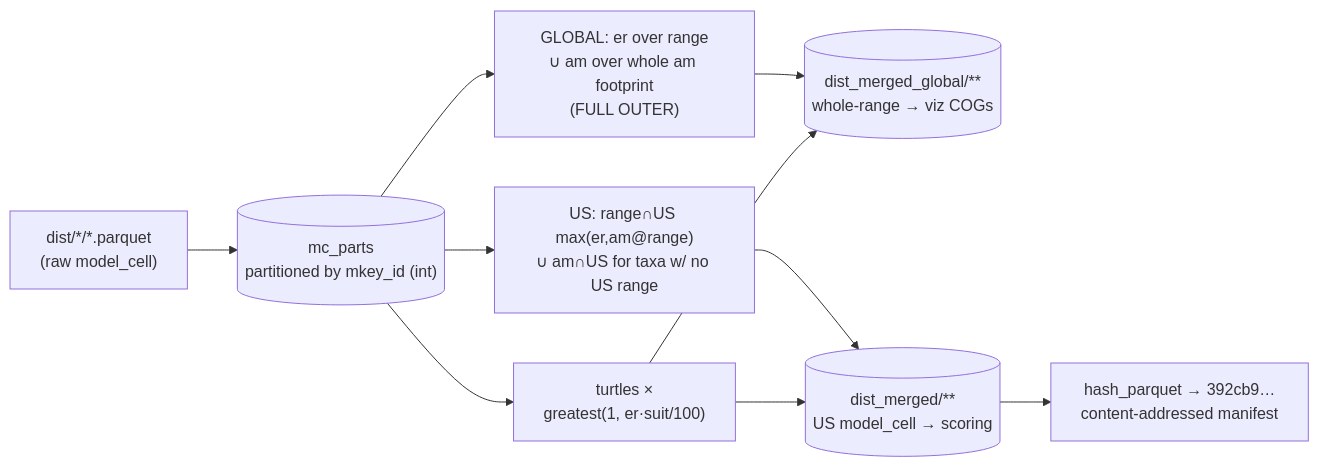
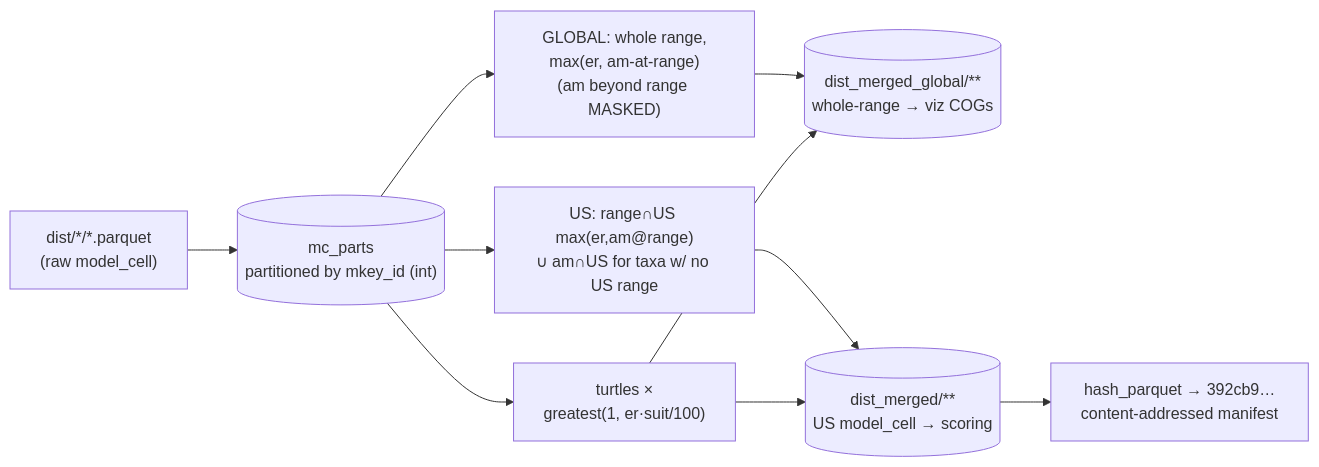
One commit to MarineSensitivity/workflows changed the diagram in merge_models.qmd. Above: the diagram before and after it, drawn with Mermaid. The commit also changed other lines of this file and 11 other files, not shown here.

````diff
--- a/merge_models.qmd
+++ b/merge_models.qmd
@@ -26,14 +28,14 @@
 ```{mermaid}
 %%| label: fig-design
-%%| fig-cap: "ONE batched merge → TWO surfaces from the same data. GLOBAL viz = am ∪ range (FULL OUTER, whole-range merged model) → COGs. US scoring = v7-faithful US-boundary-aware rule (range∩US max(er,am-at-range) UNION am∩US for taxa with no US range) — NOT a trim of global. Turtles multiplicative."
+%%| fig-cap: "ONE batched merge → TWO surfaces from the same data, BOTH masked to the range footprint. GLOBAL viz = the whole range, max(er, am-at-range) → COGs. US scoring = v7-faithful US-boundary-aware rule (range∩US max(er,am-at-range) UNION am∩US for taxa with no US range) — NOT a trim of global. Turtles multiplicative."
 flowchart LR
   raw["dist/*/*.parquet<br/>(raw model_cell)"] --> mcp[("mc_parts<br/>partitioned by mkey_id (int)")]
-  mcp --> gm["GLOBAL: er over range<br/>∪ am over whole am footprint<br/>(FULL OUTER)"]
+  mcp --> gm["GLOBAL: whole range,<br/>max(er, am-at-range)<br/>(am beyond range MASKED)"]
   mcp --> um["US: range∩US max(er,am@range)<br/>∪ am∩US for taxa w/ no US range"]
   mcp --> tt["turtles ×<br/>greatest(1, er·suit/100)"]
   gm --> g[("dist_merged_global/**<br/>whole-range → viz COGs")]
   tt --> g
   um --> us[("dist_merged/**<br/>US model_cell → scoring")]
   tt --> us
   us --> mf["hash_parquet → 392cb9…<br/>content-addressed manifest"]
 ```
````
